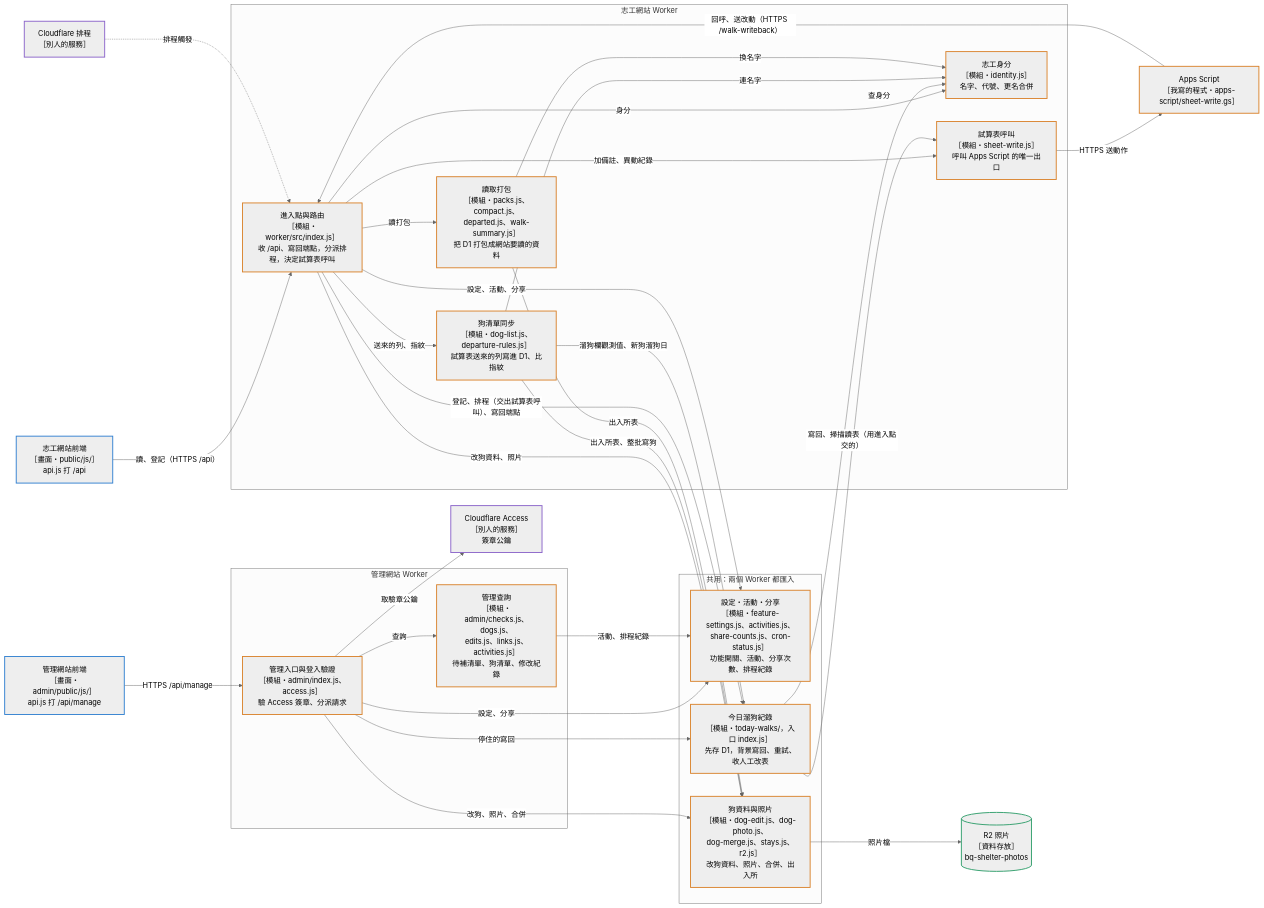
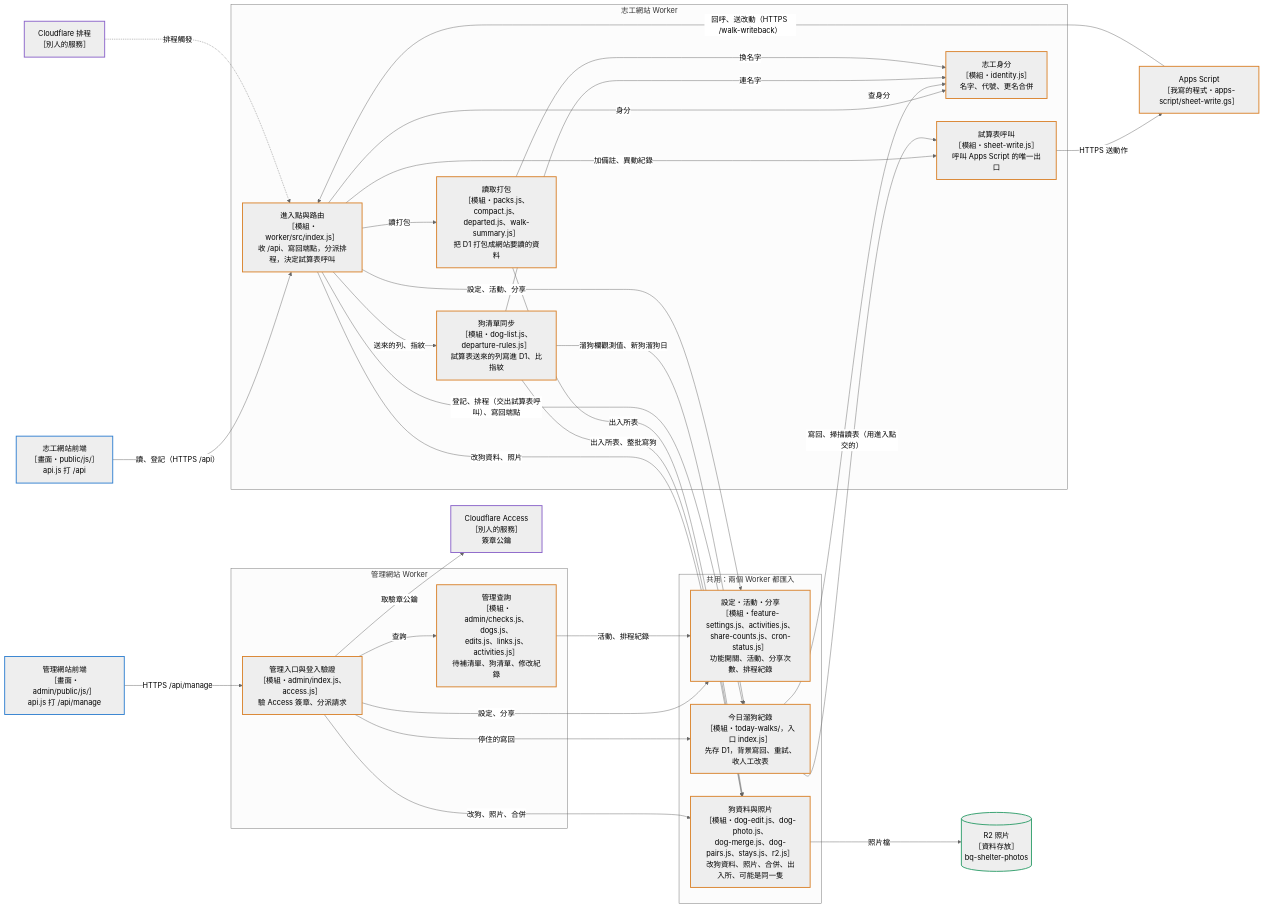
The fifth of 7 diagrams in docs/ARCHITECTURE.md (jiatsenK/bq-shelter-dogs), drawn with Mermaid (neutral theme) before and after one commit. The commit also changed other lines of this file and 33 other files, not shown here.

````diff
--- a/docs/ARCHITECTURE.md
+++ b/docs/ARCHITECTURE.md
@@ -272,62 +275,62 @@
 ```mermaid
 flowchart LR
   vfront["志工網站前端<br/>［畫面・public/js/］<br/>api.js 打 /api"]
   cron["Cloudflare 排程<br/>［別人的服務］"]
   gas["Apps Script<br/>［我寫的程式・apps-script/sheet-write.gs］"]
   afront["管理網站前端<br/>［畫面・admin/public/js/］<br/>api.js 打 /api/manage"]
   access["Cloudflare Access<br/>［別人的服務］<br/>簽章公鑰"]
   r2[("R2 照片<br/>［資料存放］<br/>bq-shelter-photos")]
   subgraph SHARED["共用：兩個 Worker 都匯入"]
     settings["設定・活動・分享<br/>［模組・feature-settings.js、activities.js、<br/>share-counts.js、cron-status.js］<br/>功能開關、活動、分享次數、排程紀錄"]
-    dogdata["狗資料與照片<br/>［模組・dog-edit.js、dog-photo.js、<br/>dog-merge.js、stays.js、r2.js］<br/>改狗資料、照片、合併、出入所"]
+    dogdata["狗資料與照片<br/>［模組・dog-edit.js、dog-photo.js、<br/>dog-merge.js、dog-pairs.js、stays.js、r2.js］<br/>改狗資料、照片、合併、出入所、可能是同一隻"]
     walk["今日溜狗紀錄<br/>［模組・today-walks/，入口 index.js］<br/>先存 D1，背景寫回、重試、收人工改表"]
   end
   subgraph VW["志工網站 Worker"]
     entry["進入點與路由<br/>［模組・worker/src/index.js］<br/>收 /api、寫回端點，分派排程，決定試算表呼叫"]
     doglist["狗清單同步<br/>［模組・dog-list.js、departure-rules.js］<br/>試算表送來的列寫進 D1、比指紋"]
     packs["讀取打包<br/>［模組・packs.js、compact.js、<br/>departed.js、walk-summary.js］<br/>把 D1 打包成網站要讀的資料"]
     sheetcall["試算表呼叫<br/>［模組・sheet-write.js］<br/>呼叫 Apps Script 的唯一出口"]
     identity["志工身分<br/>［模組・identity.js］<br/>名字、代號、更名合併"]
   end
   subgraph AW["管理網站 Worker"]
     aentry["管理入口與登入驗證<br/>［模組・admin/index.js、access.js］<br/>驗 Access 簽章、分派請求"]
     aquery["管理查詢<br/>［模組・admin/checks.js、dogs.js、<br/>edits.js、links.js、activities.js］<br/>待補清單、狗清單、修改紀錄"]
   end
 
   vfront -->|讀、登記（HTTPS /api）| entry
   cron -.->|排程觸發| entry
   gas -->|回呼、送改動（HTTPS /walk-writeback）| entry
   afront -->|HTTPS /api/manage| aentry
   entry -->|登記、排程（交出試算表呼叫）、寫回端點| walk
   entry -->|送來的列、指紋| doglist
   entry -->|讀打包| packs
   entry -->|加備註、異動紀錄| sheetcall
   entry -->|身分| identity
   entry -->|設定、活動、分享| settings
   entry -->|改狗資料、照片| dogdata
   doglist -->|溜狗欄觀測值、新狗溜狗日| walk
   walk -->|寫回、掃描讀表（用進入點交的）| sheetcall
   walk -->|查身分| identity
   doglist -->|連名字| identity
   doglist -->|出入所表、整批寫狗| dogdata
   packs -->|換名字| identity
   packs -->|出入所表| dogdata
   sheetcall -->|HTTPS 送動作| gas
   dogdata -->|照片檔| r2
   aentry -->|查詢| aquery
   aentry -->|取驗章公鑰| access
   aentry -->|設定、分享| settings
   aentry -->|改狗、照片、合併| dogdata
   aentry -->|停住的寫回| walk
   aquery -->|活動、排程紀錄| settings
 
   class vfront,afront ui
   class entry,walk,doglist,packs,sheetcall,identity,aentry,aquery,settings,dogdata,gas code
   class r2 data
   class cron,access ext
   classDef person stroke:#5b6b78,stroke-width:2px
   classDef ui stroke:#2f7fd0,stroke-width:2px
   classDef code stroke:#d9822b,stroke-width:2px
   classDef data stroke:#2e9d6a,stroke-width:2px
   classDef ext stroke:#8a63c9,stroke-width:2px
 ```
````
